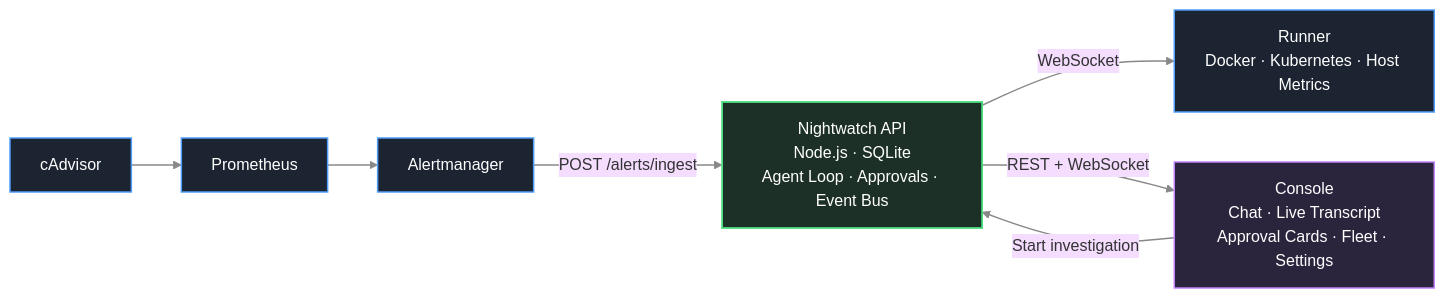
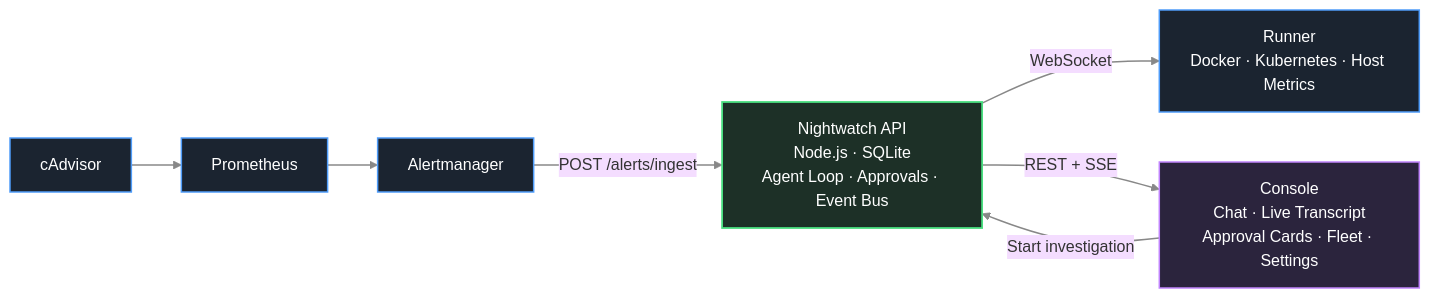
Before and after one commit to PrabhatMattoo/NightWarden: the diagram in README.md, drawn with Mermaid (base theme). The commit also changed other lines of this file and 33 other files, not shown here.

First line of the commit message:
refactor(console): stream console events over SSE instead of WebSocket

````diff
--- a/README.md
+++ b/README.md
@@ -19,33 +19,33 @@
 ```mermaid
 flowchart LR
 
 %% Infrastructure
 cadvisor["cAdvisor"]
 prometheus["Prometheus"]
 alertmanager["Alertmanager"]
 runner["Runner<br/>Docker · Kubernetes · Host Metrics"]
 
 %% Brain
 api["Nightwatch API<br/>Node.js · SQLite<br/>Agent Loop · Approvals · Event Bus"]
 
 %% UI
 console["Console<br/>Chat · Live Transcript<br/>Approval Cards · Fleet · Settings"]
 
 cadvisor --> prometheus
 prometheus --> alertmanager
 
 alertmanager -- POST /alerts/ingest --> api
 console -- Start investigation --> api
 api -- WebSocket --> runner
-api -- REST + WebSocket --> console
+api -- REST + SSE --> console
 
 classDef infra fill:#1b2430,stroke:#4f9cf9,color:#fff,stroke-width:1.5;
 classDef api fill:#1d3027,stroke:#4ade80,color:#fff,stroke-width:1.8;
 classDef ui fill:#2b243d,stroke:#c084fc,color:#fff,stroke-width:1.5;
 
 class cadvisor,prometheus,alertmanager,runner infra;
 class api api;
 class console ui;
 
 linkStyle default stroke:#888,stroke-width:1.5;
 ```
````
